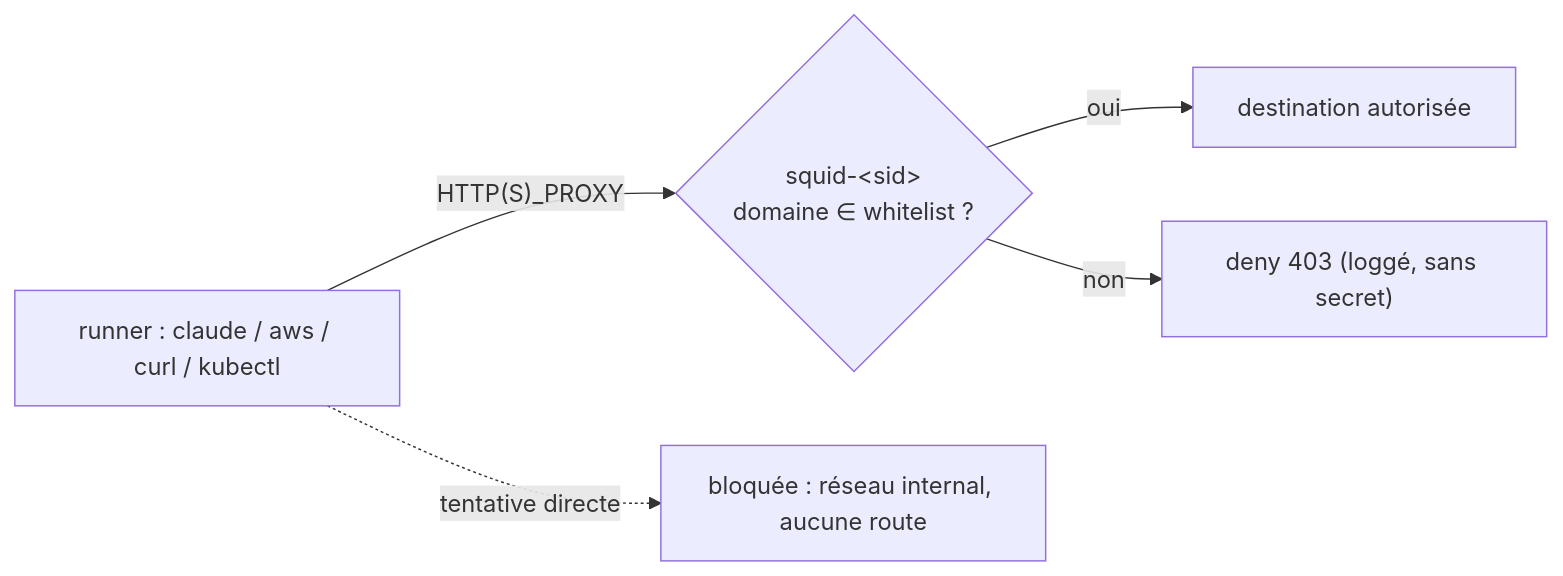
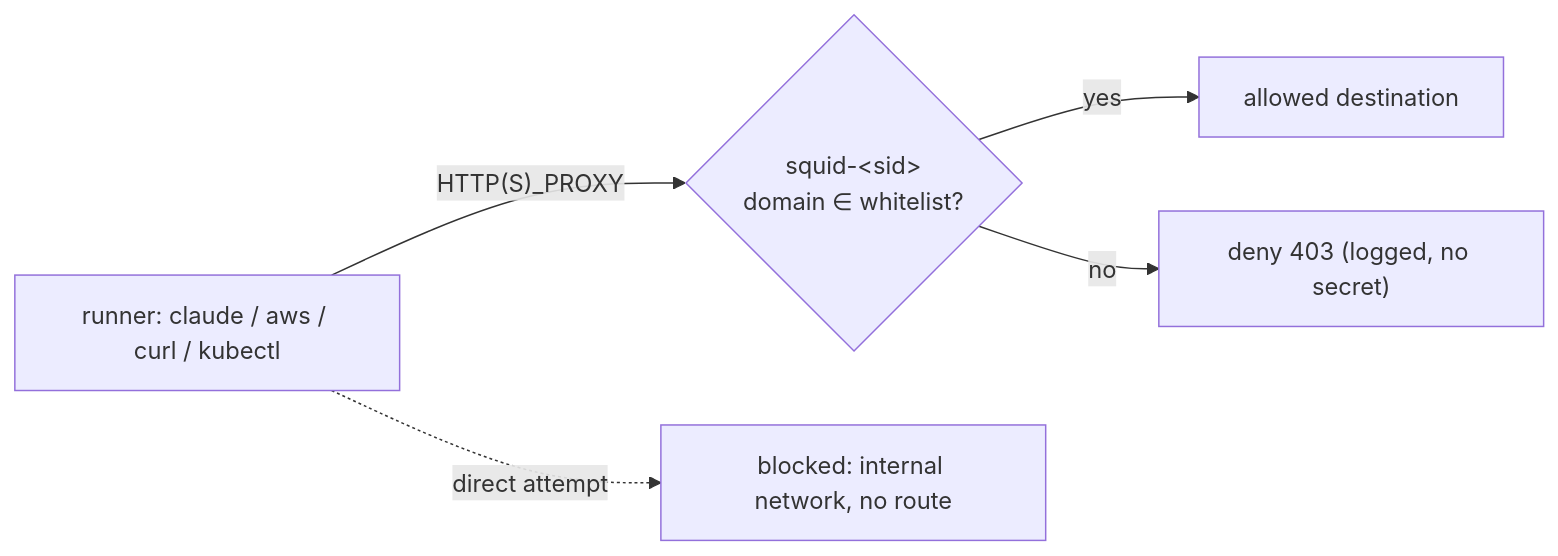
The third of 5 diagrams in docs/ARCHITECTURE_FLOW_PROPOSAL.md (inkwest/inkwest), drawn with Mermaid before and after one commit. The commit also changed other lines of this file and 6 other files, not shown here.

````diff
--- a/docs/ARCHITECTURE_FLOW_PROPOSAL.md
+++ b/docs/ARCHITECTURE_FLOW_PROPOSAL.md
@@ -128,7 +128,7 @@
 ```mermaid
 flowchart LR
-    R["runner : claude / aws / curl / kubectl"] -->|"HTTP(S)_PROXY"| S{"squid-&lt;sid&gt;<br/>domaine ∈ whitelist ?"}
-    S -->|oui| OK["destination autorisée"]
-    S -->|non| KO["deny 403 (loggé, sans secret)"]
-    R -. "tentative directe" .-> X["bloquée : réseau internal, aucune route"]
+    R["runner: claude / aws / curl / kubectl"] -->|"HTTP(S)_PROXY"| S{"squid-&lt;sid&gt;<br/>domain ∈ whitelist?"}
+    S -->|yes| OK["allowed destination"]
+    S -->|no| KO["deny 403 (logged, no secret)"]
+    R -. "direct attempt" .-> X["blocked: internal network, no route"]
 ```
````
